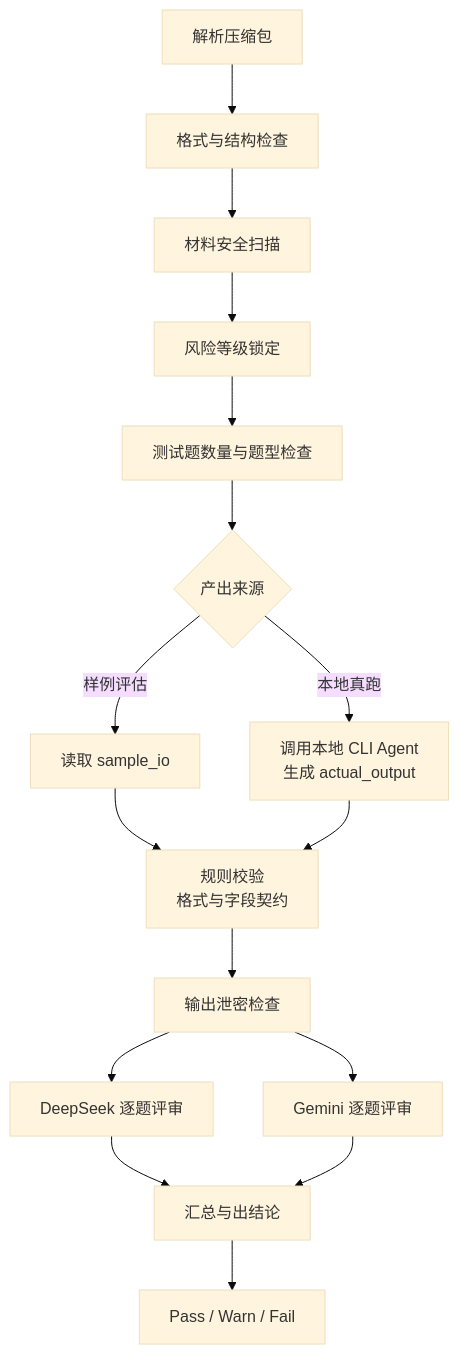
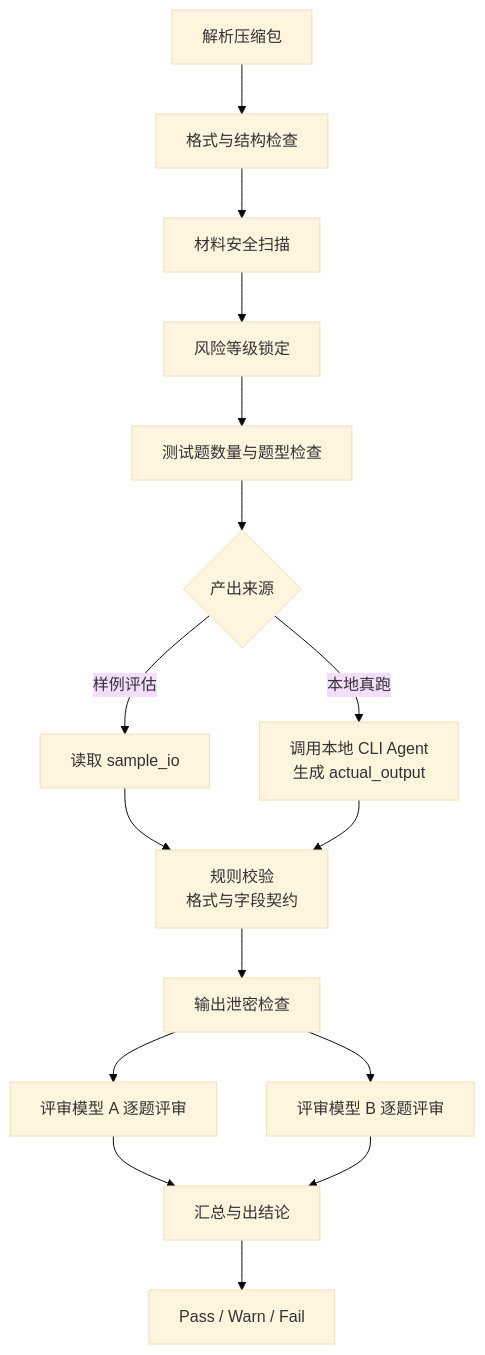
The tenth of 10 diagrams in docs/guides/Skill评估系统全景说明.md (NathanZhou1225/Skillhub_eval), drawn with Mermaid (base theme) before and after one commit. The commit also changed other lines of this file and 5 other files, not shown here.

````diff
--- a/docs/guides/Skill评估系统全景说明.md
+++ b/docs/guides/Skill评估系统全景说明.md
@@ -806,18 +806,18 @@
 ```mermaid
 flowchart TD
     A["解析压缩包"] --> B["格式与结构检查"]
     B --> C["材料安全扫描"]
     C --> D["风险等级锁定"]
     D --> E["测试题数量与题型检查"]
     E --> F{"产出来源"}
     F -->|"样例评估"| F1["读取 sample_io"]
     F -->|"本地真跑"| F2["调用本地 CLI Agent\n生成 actual_output"]
     F1 --> G["规则校验\n格式与字段契约"]
     F2 --> G
     G --> H["输出泄密检查"]
-    H --> I["DeepSeek 逐题评审"]
-    H --> J["Gemini 逐题评审"]
+    H --> I["评审模型 A 逐题评审"]
+    H --> J["评审模型 B 逐题评审"]
     I --> K["汇总与出结论"]
     J --> K
     K --> L["Pass / Warn / Fail"]
 ```
````
